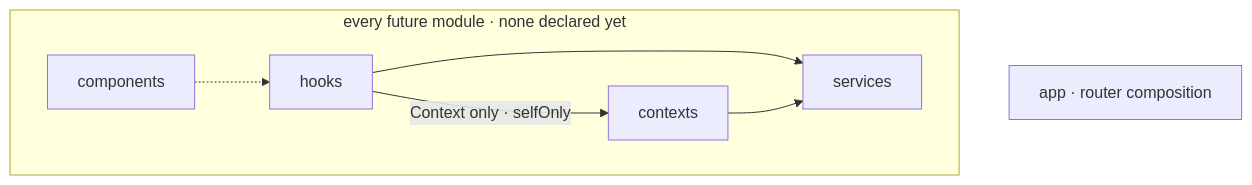
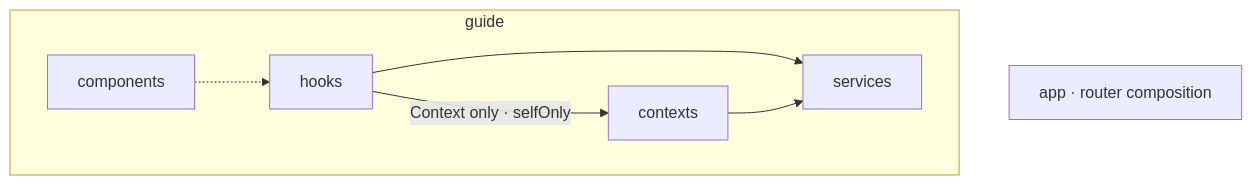
Before and after one commit to taco3064/shoal-app: the diagram in docs/architecture-handbook.md, drawn with Mermaid. The commit also changed other lines of this file and 11 other files, not shown here.

Commit message:
Move site guide into Blueprint module

````diff
--- a/docs/architecture-handbook.md
+++ b/docs/architecture-handbook.md
@@ -9,10 +9,14 @@
 ```mermaid
 flowchart TD
   m0["app · router composition"]
-  subgraph runway["every future module · none declared yet"]
-  components -.-> hooks
-  hooks -->|Context only · selfOnly| contexts
-  hooks --> services
-  contexts --> services
+  subgraph m1["guide"]
+    m1_l0["components"]
+    m1_l1["hooks"]
+    m1_l2["contexts"]
+    m1_l3["services"]
+    m1_l0 -.-> m1_l1
+    m1_l1 -->|Context only · selfOnly| m1_l2
+    m1_l1 --> m1_l3
+    m1_l2 --> m1_l3
   end
 ```
````
